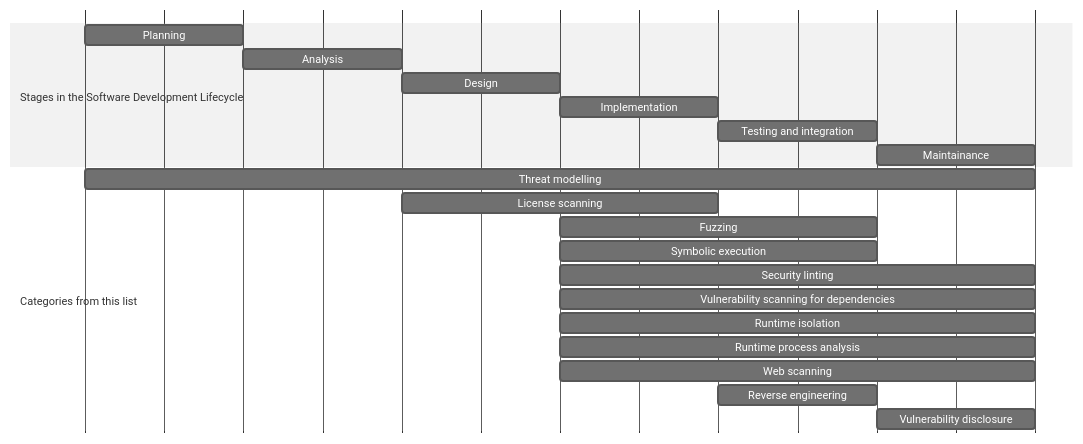
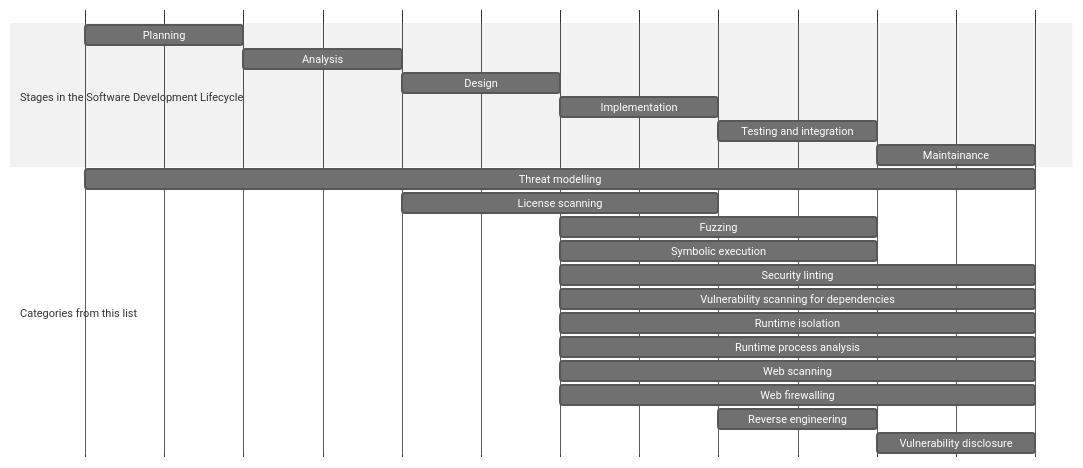
The diagram in README.md (iosifache/awesome-ubuntu-appsec), drawn with Mermaid before and after one commit. The commit also changed other lines of this file, not shown here.

````diff
--- a/README.md
+++ b/README.md
@@ -19,27 +19,28 @@
 ```mermaid
 %%{init: {'theme':'neutral'}}%%
 
 gantt
     axisFormat  
 
     section Stages in the Software Development Lifecycle
         Planning                : 2050-01-01, 1d
         Analysis                : 1d
         Design                  : 1d
         Implementation          : 1d
         Testing and integration : 1d
         Maintainance            : 1d
 
     section Categories from this list
         Threat modelling                            : 2050-01-01, 6d
         License scanning                            : 2050-01-03, 2d
         Fuzzing                                     : 2050-01-04, 2d
         Symbolic execution                          : 2050-01-04, 2d
         Security linting                            : 2050-01-04, 3d
         Vulnerability scanning for dependencies     : 2050-01-04, 3d
         Runtime isolation                           : 2050-01-04, 3d
         Runtime process analysis                    : 2050-01-04, 3d
         Web scanning                                : 2050-01-04, 3d
+        Web firewalling                             : 2050-01-04, 3d
         Reverse engineering                         : 2050-01-05, 1d
         Vulnerability disclosure                    : 2050-01-06, 1d
 ```
````
